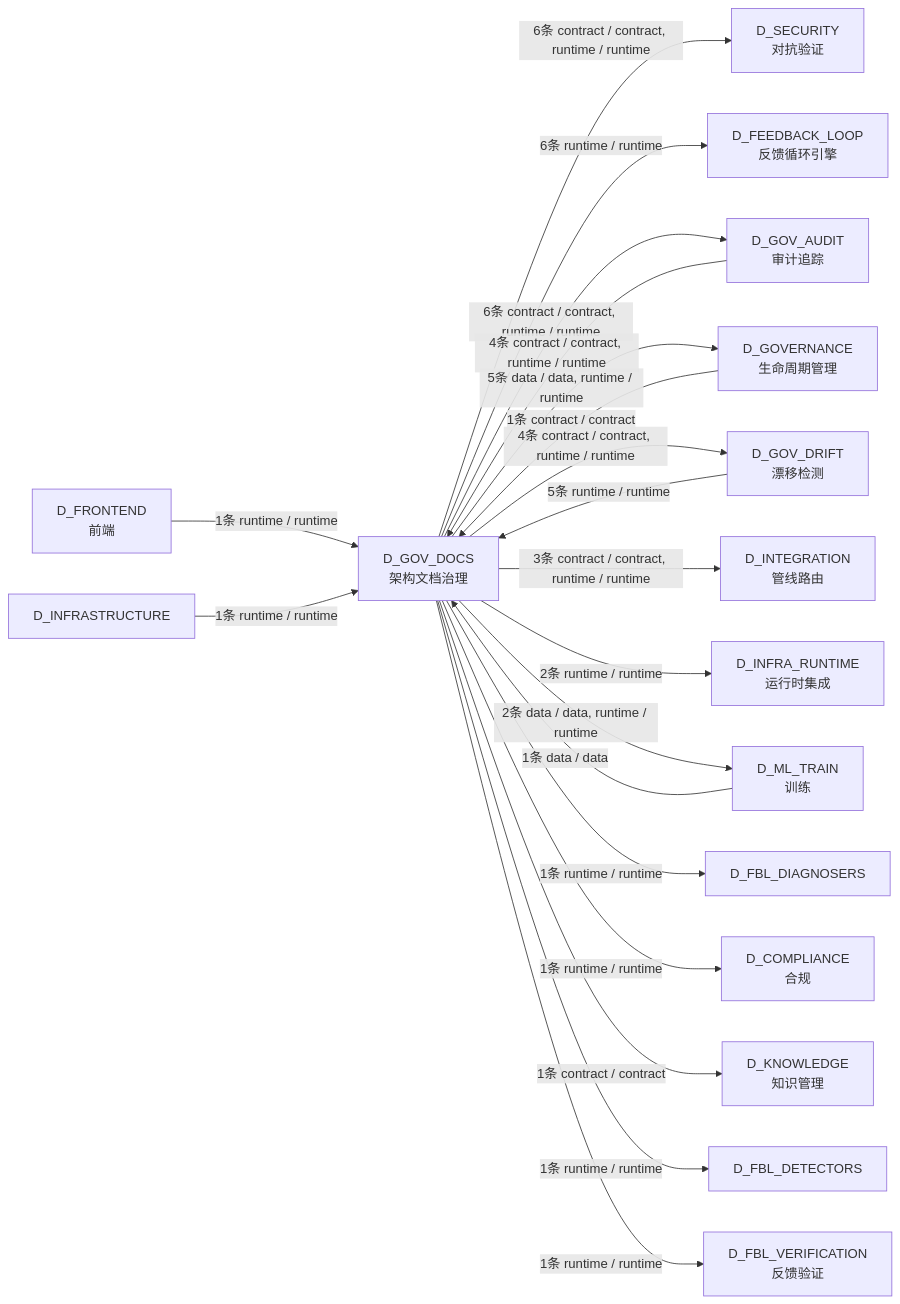
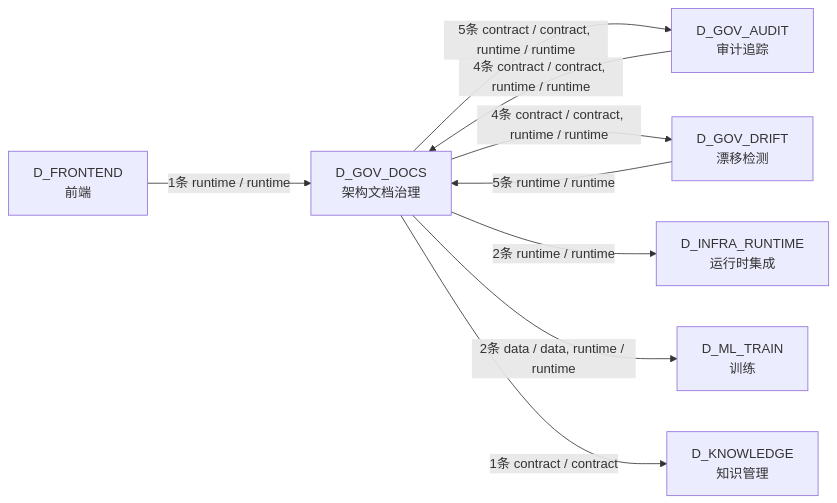
The third of 3 diagrams in docs/02_enterprise_architecture/02_domain_architecture_docs/40_d_gov_docs.md (xuanFelixVan/ZephyrAlpha), drawn with Mermaid before and after one commit. The commit also changed other lines of this file and 102 other files, not shown here.

````diff
--- a/docs/02_enterprise_architecture/02_domain_architecture_docs/40_d_gov_docs.md
+++ b/docs/02_enterprise_architecture/02_domain_architecture_docs/40_d_gov_docs.md
@@ -403,38 +353,18 @@
 ```mermaid
 graph LR
     D_GOV_DOCS["D_GOV_DOCS<br/>架构文档治理"]
-    D_SECURITY["D_SECURITY<br/>对抗验证"]
-    D_FEEDBACK_LOOP["D_FEEDBACK_LOOP<br/>反馈循环引擎"]
     D_GOV_AUDIT["D_GOV_AUDIT<br/>审计追踪"]
-    D_GOVERNANCE["D_GOVERNANCE<br/>生命周期管理"]
     D_GOV_DRIFT["D_GOV_DRIFT<br/>漂移检测"]
-    D_INTEGRATION["D_INTEGRATION<br/>管线路由"]
     D_INFRA_RUNTIME["D_INFRA_RUNTIME<br/>运行时集成"]
     D_ML_TRAIN["D_ML_TRAIN<br/>训练"]
-    D_FBL_DIAGNOSERS["D_FBL_DIAGNOSERS"]
-    D_COMPLIANCE["D_COMPLIANCE<br/>合规"]
     D_KNOWLEDGE["D_KNOWLEDGE<br/>知识管理"]
-    D_FBL_DETECTORS["D_FBL_DETECTORS"]
-    D_FBL_VERIFICATION["D_FBL_VERIFICATION<br/>反馈验证"]
     D_FRONTEND["D_FRONTEND<br/>前端"]
-    D_INFRASTRUCTURE["D_INFRASTRUCTURE"]
-    D_GOV_DOCS -->|6条 contract / contract, runtime / runtime| D_SECURITY
-    D_GOV_DOCS -->|6条 runtime / runtime| D_FEEDBACK_LOOP
-    D_GOV_DOCS -->|6条 contract / contract, runtime / runtime| D_GOV_AUDIT
-    D_GOV_DOCS -->|5条 data / data, runtime / runtime| D_GOVERNANCE
+    D_GOV_DOCS -->|5条 contract / contract, runtime / runtime| D_GOV_AUDIT
     D_GOV_DOCS -->|4条 contract / contract, runtime / runtime| D_GOV_DRIFT
-    D_GOV_DOCS -->|3条 contract / contract, runtime / runtime| D_INTEGRATION
     D_GOV_DOCS -->|2条 runtime / runtime| D_INFRA_RUNTIME
     D_GOV_DOCS -->|2条 data / data, runtime / runtime| D_ML_TRAIN
-    D_GOV_DOCS -->|1条 runtime / runtime| D_FBL_DIAGNOSERS
-    D_GOV_DOCS -->|1条 runtime / runtime| D_COMPLIANCE
     D_GOV_DOCS -->|1条 contract / contract| D_KNOWLEDGE
-    D_GOV_DOCS -->|1条 runtime / runtime| D_FBL_DETECTORS
-    D_GOV_DOCS -->|1条 runtime / runtime| D_FBL_VERIFICATION
     D_GOV_DRIFT -->|5条 runtime / runtime| D_GOV_DOCS
     D_GOV_AUDIT -->|4条 contract / contract, runtime / runtime| D_GOV_DOCS
     D_FRONTEND -->|1条 runtime / runtime| D_GOV_DOCS
-    D_GOVERNANCE -->|1条 contract / contract| D_GOV_DOCS
-    D_INFRASTRUCTURE -->|1条 runtime / runtime| D_GOV_DOCS
-    D_ML_TRAIN -->|1条 data / data| D_GOV_DOCS
 ```
````
